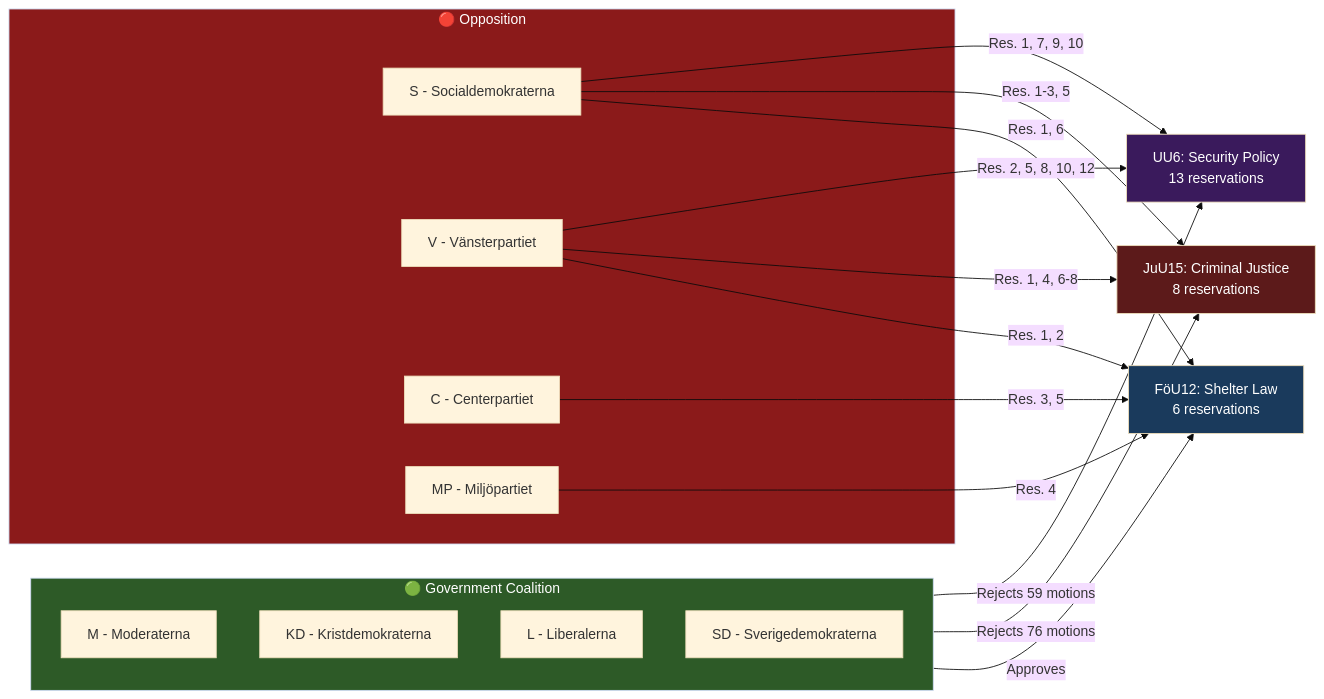
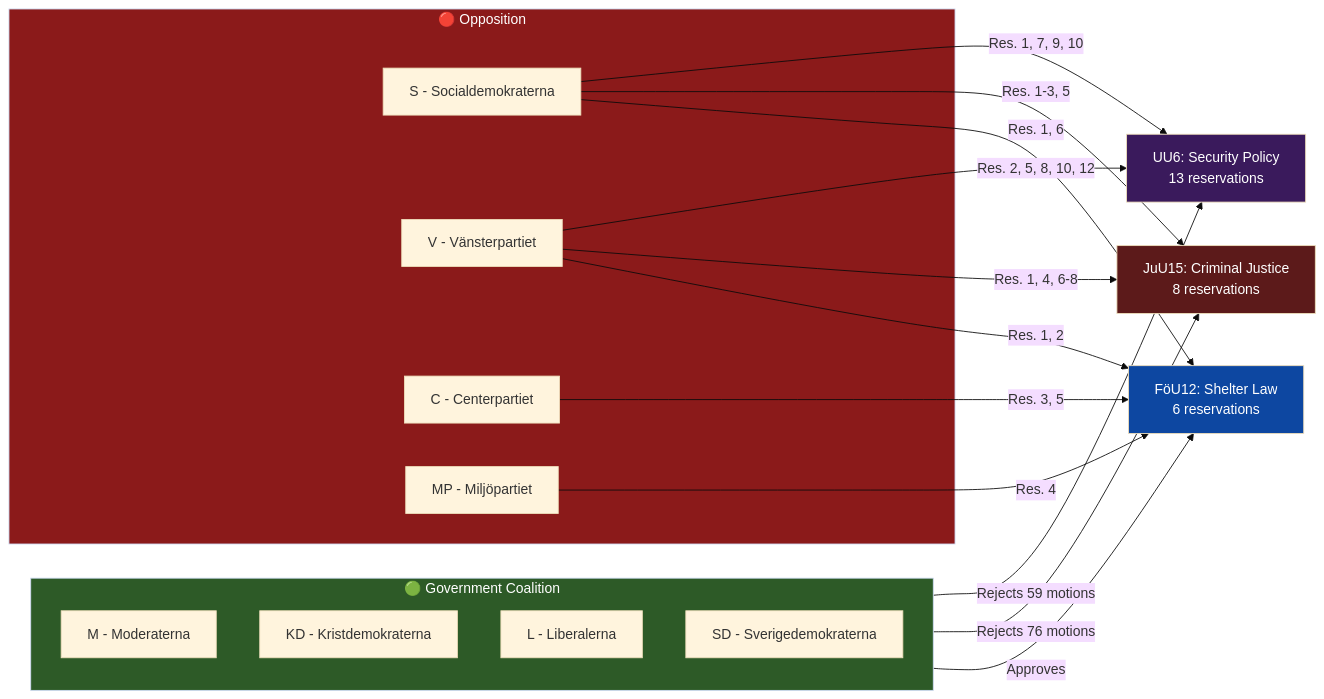
Before and after one commit to Hack23/riksdagsmonitor: the diagram in analysis/daily/2026-04-06/committeeReports/swot-analysis.md, drawn with Mermaid (base theme). The commit also changed 785 other files, not shown here.

First line of the commit message:
Normalize mermaid colors across 786 analysis artifacts to ISMS Style Guide palette

````diff
--- a/analysis/daily/2026-04-06/committeeReports/swot-analysis.md
+++ b/analysis/daily/2026-04-06/committeeReports/swot-analysis.md
@@ -75,35 +75,35 @@
 ```mermaid
 flowchart LR
     subgraph Government["🟢 Government Coalition"]
         M["M - Moderaterna"]
         KD["KD - Kristdemokraterna"]
         L["L - Liberalerna"]
         SD["SD - Sverigedemokraterna"]
     end
     subgraph Opposition["🔴 Opposition"]
         S["S - Socialdemokraterna"]
         V["V - Vänsterpartiet"]
         C["C - Centerpartiet"]
         MP["MP - Miljöpartiet"]
     end
     FöU12["FöU12: Shelter Law\n6 reservations"]
     JuU15["JuU15: Criminal Justice\n8 reservations"]
     UU6["UU6: Security Policy\n13 reservations"]
     Government -->|"Approves"| FöU12
     Government -->|"Rejects 76 motions"| JuU15
     Government -->|"Rejects 59 motions"| UU6
     S -->|"Res. 1, 6"| FöU12
     V -->|"Res. 1, 2"| FöU12
     C -->|"Res. 3, 5"| FöU12
     MP -->|"Res. 4"| FöU12
     S -->|"Res. 1-3, 5"| JuU15
     V -->|"Res. 1, 4, 6-8"| JuU15
     S -->|"Res. 1, 7, 9, 10"| UU6
     V -->|"Res. 2, 5, 8, 10, 12"| UU6
     
-    style Government fill:#2d5a27,color:#fff
-    style Opposition fill:#8b1a1a,color:#fff
-    style FöU12 fill:#1a3a5c,color:#fff
-    style JuU15 fill:#5c1a1a,color:#fff
-    style UU6 fill:#3a1a5c,color:#fff
+    style Government fill:#2d5a27,color:#FFFFFF
+    style Opposition fill:#8b1a1a,color:#FFFFFF
+    style FöU12 fill:#0D47A1,color:#FFFFFF
+    style JuU15 fill:#5c1a1a,color:#FFFFFF
+    style UU6 fill:#3a1a5c,color:#FFFFFF
 ```
````
